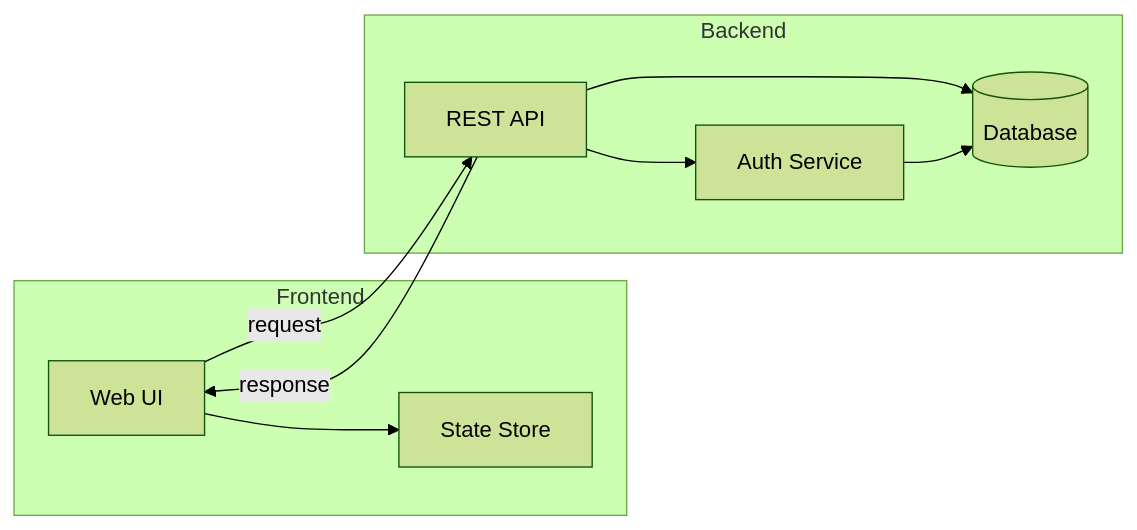
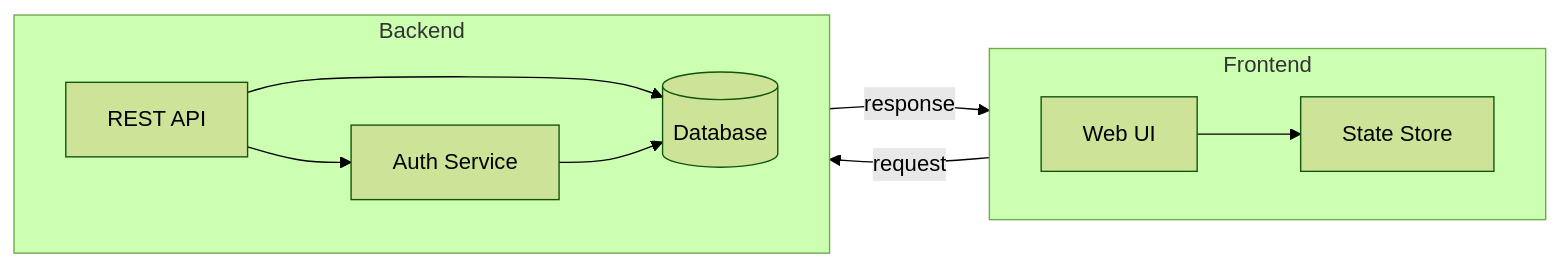
One commit to pulipulichen/HTML-Draw-IO-Viewer changed the diagram in demo/example2.mmd. Above: the diagram before and after it, drawn with Mermaid (forest theme). The commit also changed 14 other files, not shown here.

```diff
--- a/demo/example2.mmd
+++ b/demo/example2.mmd
@@ -1,18 +1,20 @@
 flowchart LR
     subgraph Frontend
+        direction LR
         UI[Web UI]
         Store[State Store]
     end
 
     subgraph Backend
+        direction LR
         API[REST API]
         Auth[Auth Service]
         DB[(Database)]
     end
 
     UI -->|request| API
     API --> Auth
     API --> DB
     Auth --> DB
     API -->|response| UI
     UI --> Store
```
